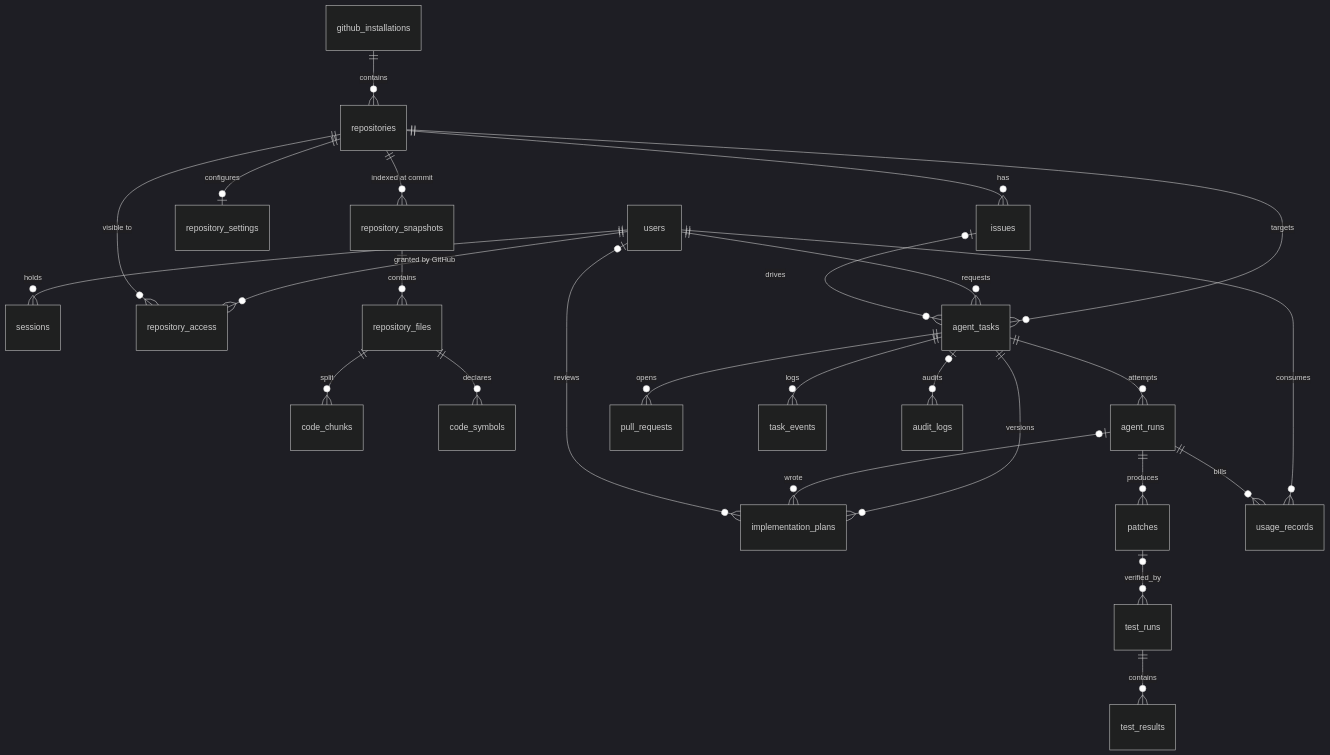
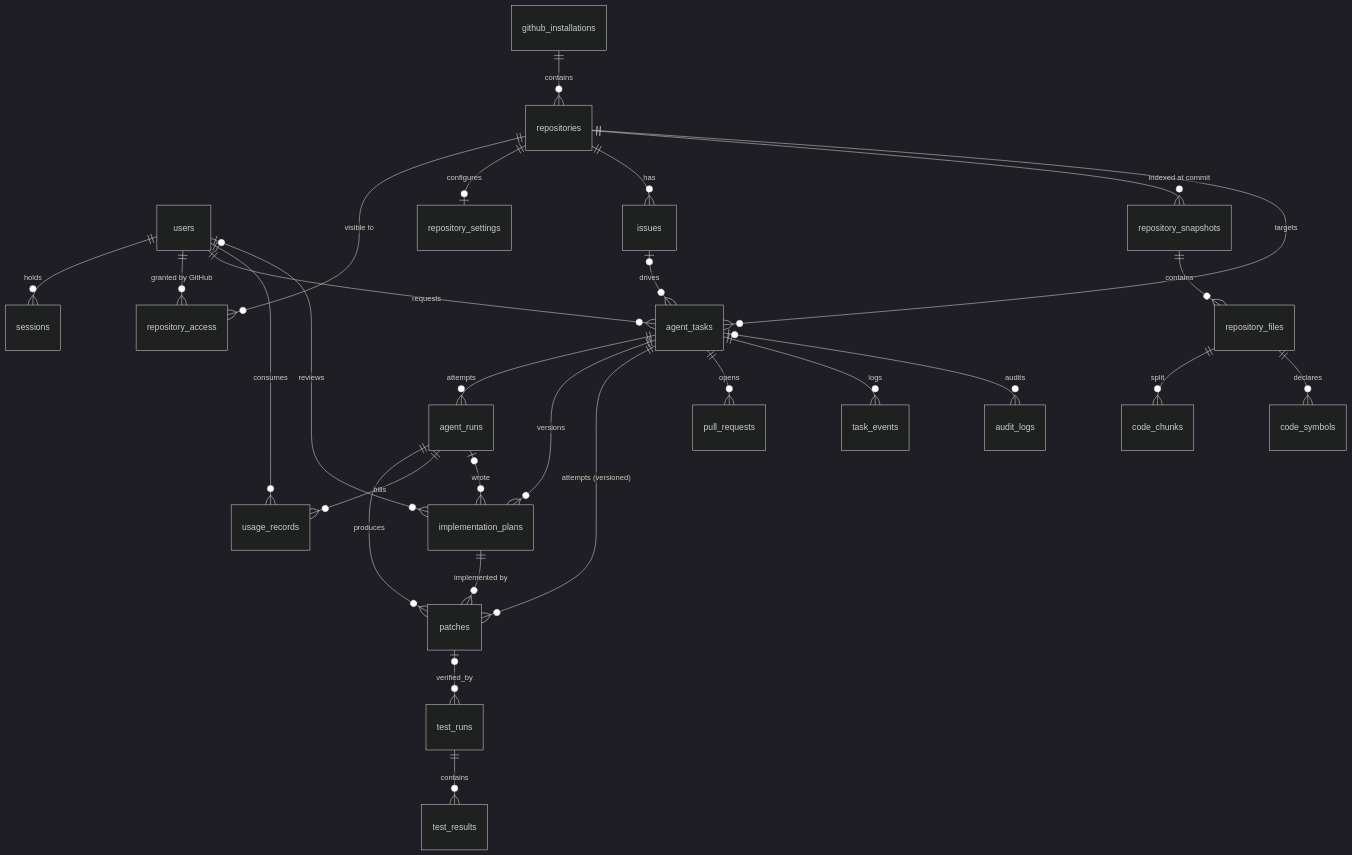
Before and after one commit to Abinet16/CodePilot-AI: the diagram in docs/architecture/data-model.md, drawn with Mermaid (dark theme). The commit also changed other lines of this file and 2 other files, not shown here.

Commit message:
docs(architecture): describe patch generation, branches, and patch attempts

````diff
--- a/docs/architecture/data-model.md
+++ b/docs/architecture/data-model.md
@@ -5,28 +5,30 @@
 ```mermaid
 erDiagram
   users ||--o{ sessions : holds
   github_installations ||--o{ repositories : contains
   users ||--o{ repository_access : "granted by GitHub"
   repositories ||--o{ repository_access : "visible to"
   repositories ||--o| repository_settings : configures
   repositories ||--o{ issues : has
   repositories ||--o{ repository_snapshots : "indexed at commit"
   repository_snapshots ||--o{ repository_files : contains
   repository_files ||--o{ code_chunks : split
   repository_files ||--o{ code_symbols : declares
   repositories ||--o{ agent_tasks : targets
   users ||--o{ agent_tasks : requests
   issues |o--o{ agent_tasks : drives
   agent_tasks ||--o{ agent_runs : attempts
   agent_tasks ||--o{ implementation_plans : versions
+  agent_tasks ||--o{ patches : "attempts (versioned)"
   agent_runs ||--o{ patches : produces
+  implementation_plans ||--o{ patches : "implemented by"
   patches |o--o{ test_runs : verified_by
   test_runs ||--o{ test_results : contains
   agent_tasks ||--o{ pull_requests : opens
   agent_tasks ||--o{ task_events : logs
   agent_tasks |o--o{ audit_logs : audits
   users ||--o{ usage_records : consumes
   agent_runs ||--o{ usage_records : bills
   agent_runs |o--o{ implementation_plans : wrote
   users |o--o{ implementation_plans : reviews
 ```
````
